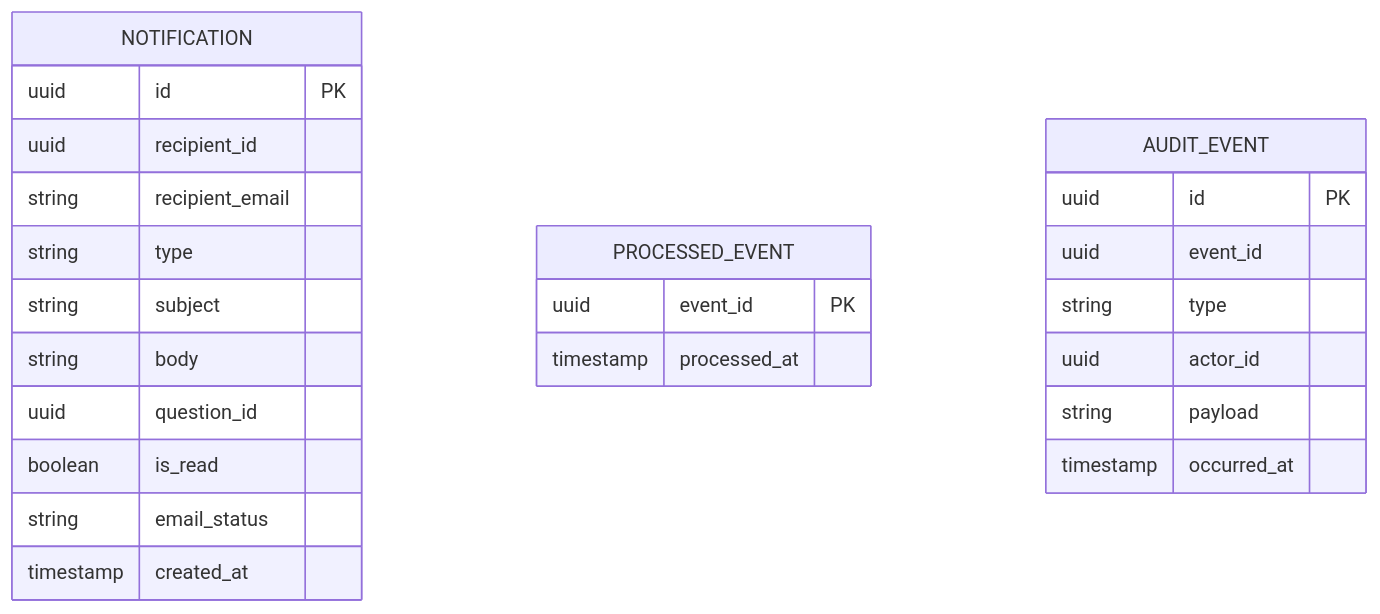
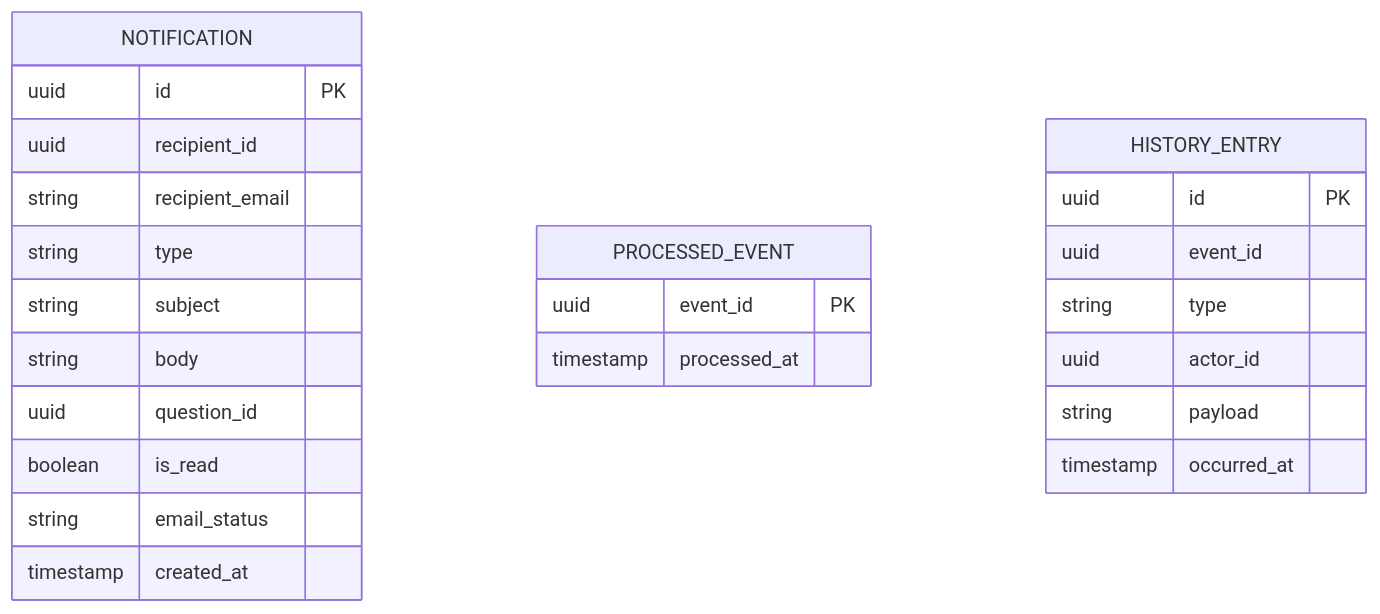
Diagram 11 of 11 in docs/corte-2/03-arquitectura-c4-uml.md (DVLASZ/banco-preguntas-saberpro), drawn with Mermaid before and after one commit. The commit also changed other lines of this file and 5 other files, not shown here.

````diff
--- a/docs/corte-2/03-arquitectura-c4-uml.md
+++ b/docs/corte-2/03-arquitectura-c4-uml.md
@@ -330,27 +342,27 @@
 ```mermaid
 erDiagram
   NOTIFICATION {
     uuid id PK
     uuid recipient_id
     string recipient_email
     string type
     string subject
     string body
     uuid question_id
     boolean is_read
     string email_status
     timestamp created_at
   }
   PROCESSED_EVENT {
     uuid event_id PK
     timestamp processed_at
   }
-  AUDIT_EVENT {
+  HISTORY_ENTRY {
     uuid id PK
     uuid event_id
     string type
     uuid actor_id
     string payload
     timestamp occurred_at
   }
 ```
````
